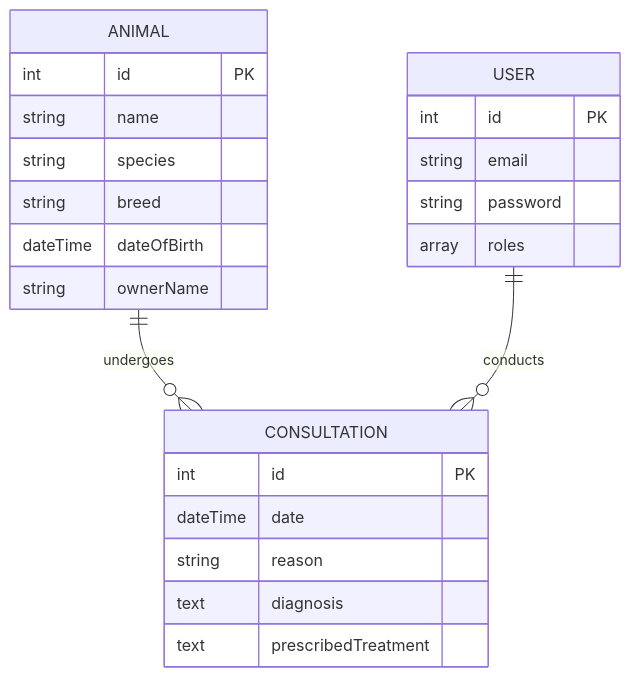
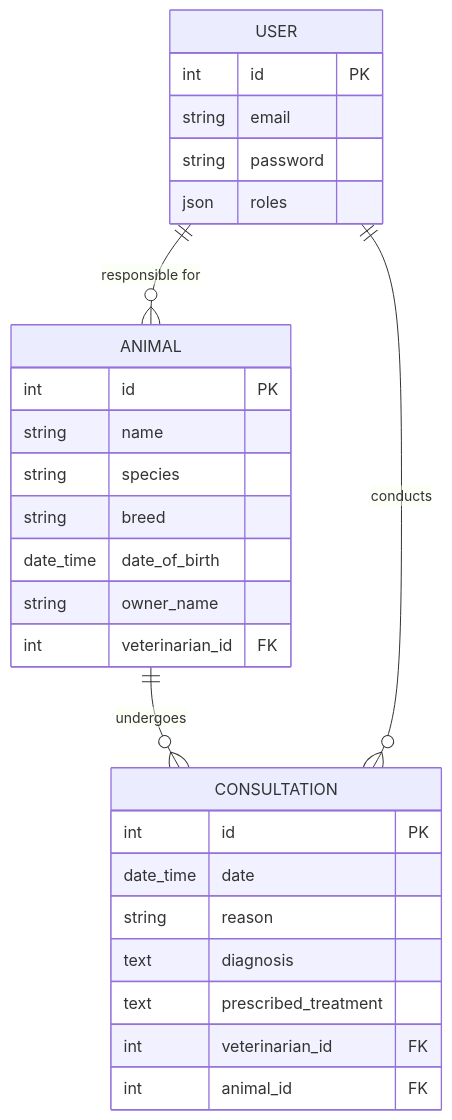
The diagram in docs/TECHNICAL_NOTES.md (hgfr09/vetocare), drawn with Mermaid before and after one commit. The commit also changed other lines of this file, not shown here.

Commit message:
docs: update TECHNICAL_NOTES with business rules and updated ER diagram

````diff
--- a/docs/TECHNICAL_NOTES.md
+++ b/docs/TECHNICAL_NOTES.md
@@ -12,29 +22,33 @@
 ```mermaid
 erDiagram
     ANIMAL ||--o{ CONSULTATION : "undergoes"
     USER ||--o{ CONSULTATION : "conducts"
+    USER ||--o{ ANIMAL : "responsible for"
 
     USER {
         int id PK
         string email
         string password
-        array roles
+        json roles
     }
 
     ANIMAL {
         int id PK
         string name
         string species
         string breed
-        dateTime dateOfBirth
-        string ownerName
+        date_time date_of_birth
+        string owner_name
+        int veterinarian_id FK
     }
 
     CONSULTATION {
         int id PK
-        dateTime date
+        date_time date
         string reason
         text diagnosis
-        text prescribedTreatment
+        text prescribed_treatment
+        int veterinarian_id FK
+        int animal_id FK
     }
 ```
````
